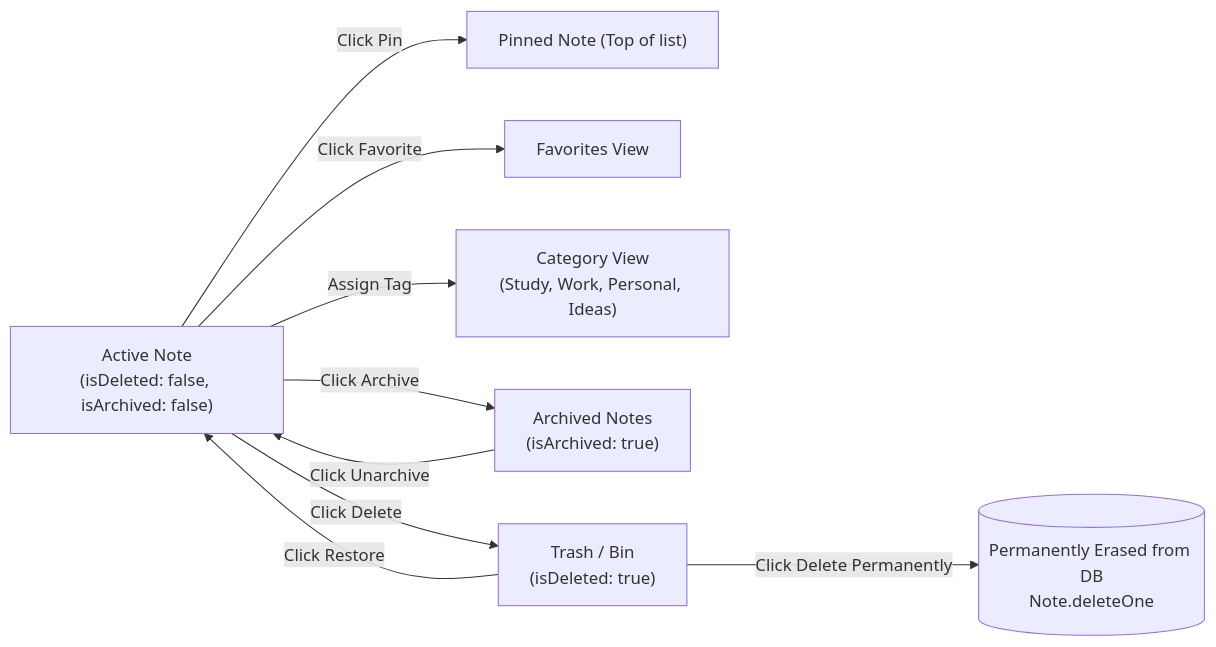
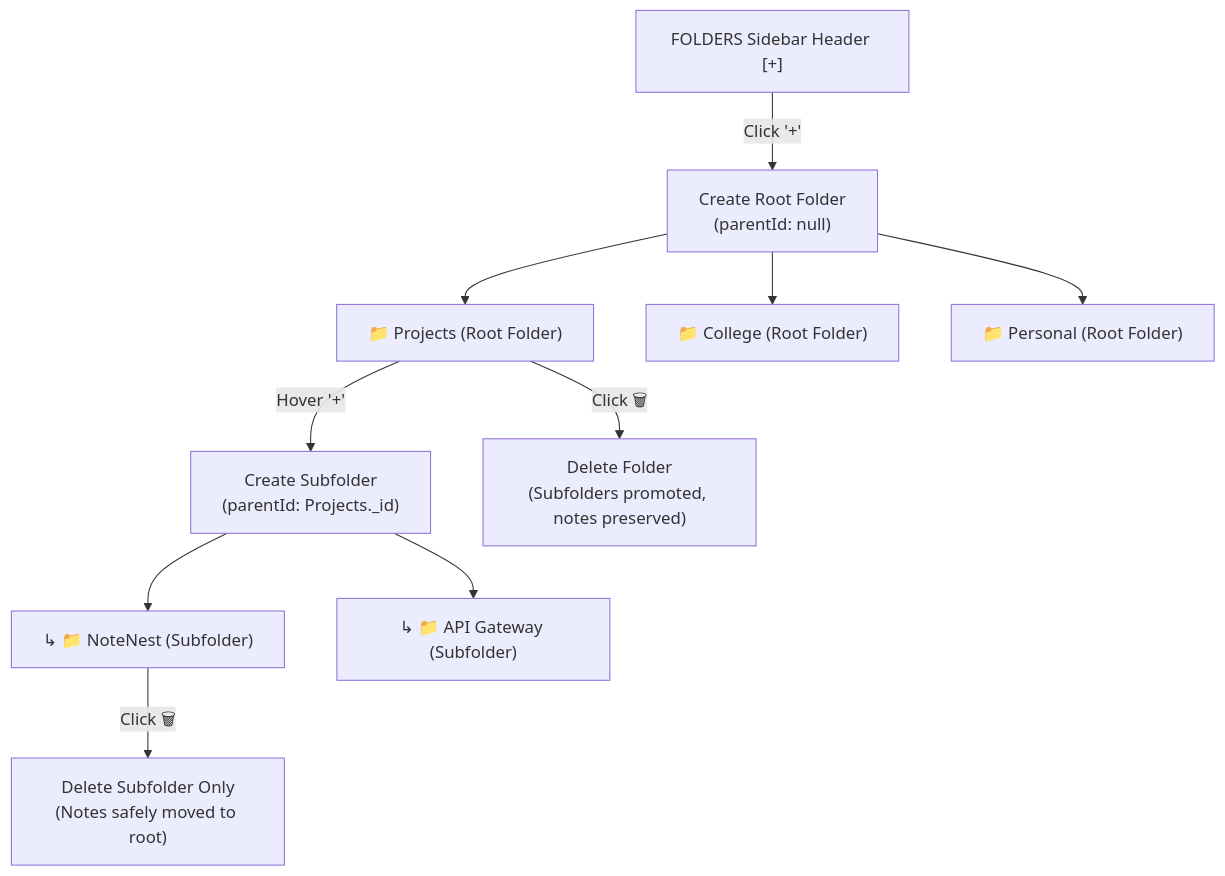
One commit to anshumangarg5410/Notes-Making-App changed the fourth of 5 diagrams in README.md. Above: the diagram before and after it, drawn with Mermaid. The commit also changed other lines of this file, not shown here.

````diff
--- a/README.md
+++ b/README.md
@@ -205,15 +213,17 @@
 ```mermaid
-flowchart LR
-    A["Active Note\n(isDeleted: false, isArchived: false)"] 
+flowchart TD
+    RootSection["FOLDERS Sidebar Header [+]"]
     
-    A -- "Click Pin" --> B["Pinned Note (Top of list)"]
-    A -- "Click Favorite" --> C["Favorites View"]
-    A -- "Assign Tag" --> D["Category View\n(Study, Work, Personal, Ideas)"]
+    RootSection -- "Click '+'" --> NewRoot["Create Root Folder\n(parentId: null)"]
     
-    A -- "Click Archive" --> E["Archived Notes\n(isArchived: true)"]
-    E -- "Click Unarchive" --> A
+    NewRoot --> F1["📁 Projects (Root Folder)"]
+    NewRoot --> F2["📁 College (Root Folder)"]
+    NewRoot --> F3["📁 Personal (Root Folder)"]
     
-    A -- "Click Delete" --> F["Trash / Bin\n(isDeleted: true)"]
-    F -- "Click Restore" --> A
-    F -- "Click Delete Permanently" --> G[("Permanently Erased from DB\nNote.deleteOne")]
+    F1 -- "Hover '+'" --> NewSub["Create Subfolder\n(parentId: Projects._id)"]
+    NewSub --> SF1["↳ 📁 NoteNest (Subfolder)"]
+    NewSub --> SF2["↳ 📁 API Gateway (Subfolder)"]
+    
+    SF1 -- "Click 🗑" --> DelSub["Delete Subfolder Only\n(Notes safely moved to root)"]
+    F1 -- "Click 🗑" --> DelRoot["Delete Folder\n(Subfolders promoted, notes preserved)"]
 ```
````
